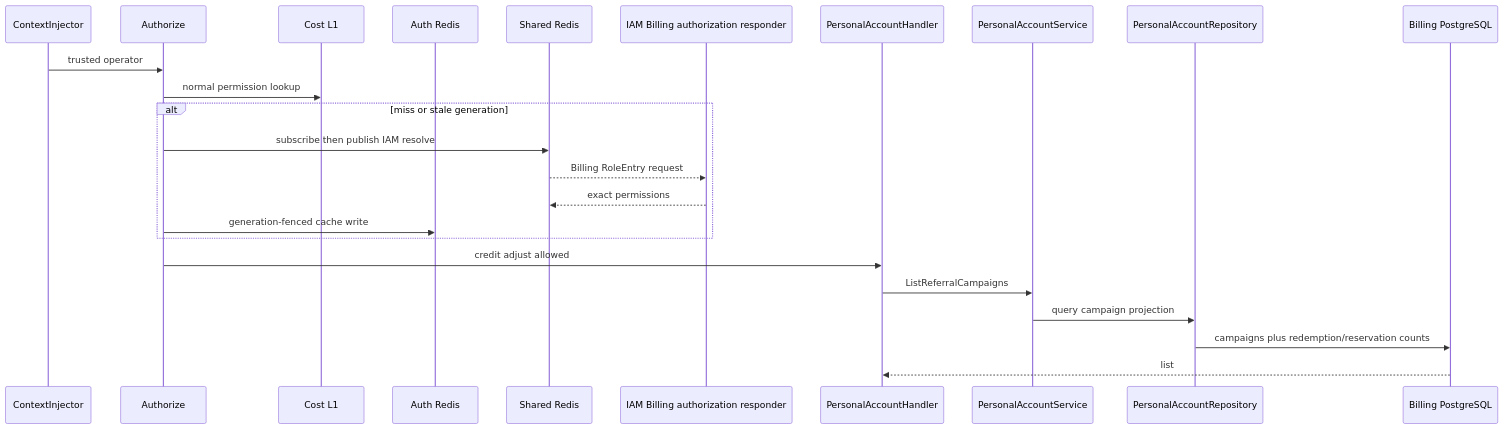
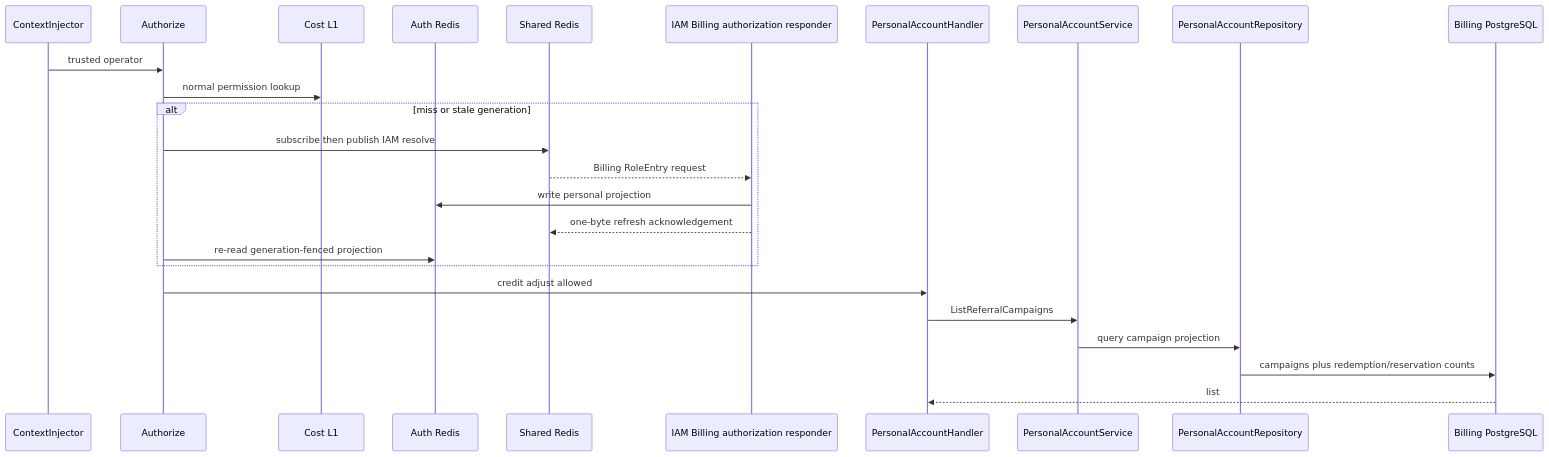
One commit to phucle996/aurora changed the third of 3 diagrams in god_view/billing/billing_referral_campaign_list_god_view.md. Above: the diagram before and after it, drawn with Mermaid. The commit also changed 22 other files, not shown here.

````diff
--- a/god_view/billing/billing_referral_campaign_list_god_view.md
+++ b/god_view/billing/billing_referral_campaign_list_god_view.md
@@ -78,26 +78,27 @@
 ```mermaid
 sequenceDiagram
     participant G as ContextInjector
     participant M as Authorize
     participant L1 as Cost L1
     participant L2 as Auth Redis
     participant SR as Shared Redis
     participant IAM as IAM Billing authorization responder
     participant H as PersonalAccountHandler
     participant S as PersonalAccountService
     participant Repo as PersonalAccountRepository
     participant DB as Billing PostgreSQL
     G->>M: trusted operator
     M->>L1: normal permission lookup
     alt miss or stale generation
         M->>SR: subscribe then publish IAM resolve
         SR-->>IAM: Billing RoleEntry request
-        IAM-->>SR: exact permissions
-        M->>L2: generation-fenced cache write
+        IAM->>L2: write personal projection
+        IAM-->>SR: one-byte refresh acknowledgement
+        M->>L2: re-read generation-fenced projection
     end
     M->>H: credit adjust allowed
     H->>S: ListReferralCampaigns
     S->>Repo: query campaign projection
     Repo->>DB: campaigns plus redemption/reservation counts
     DB-->>H: list
 ```
````
